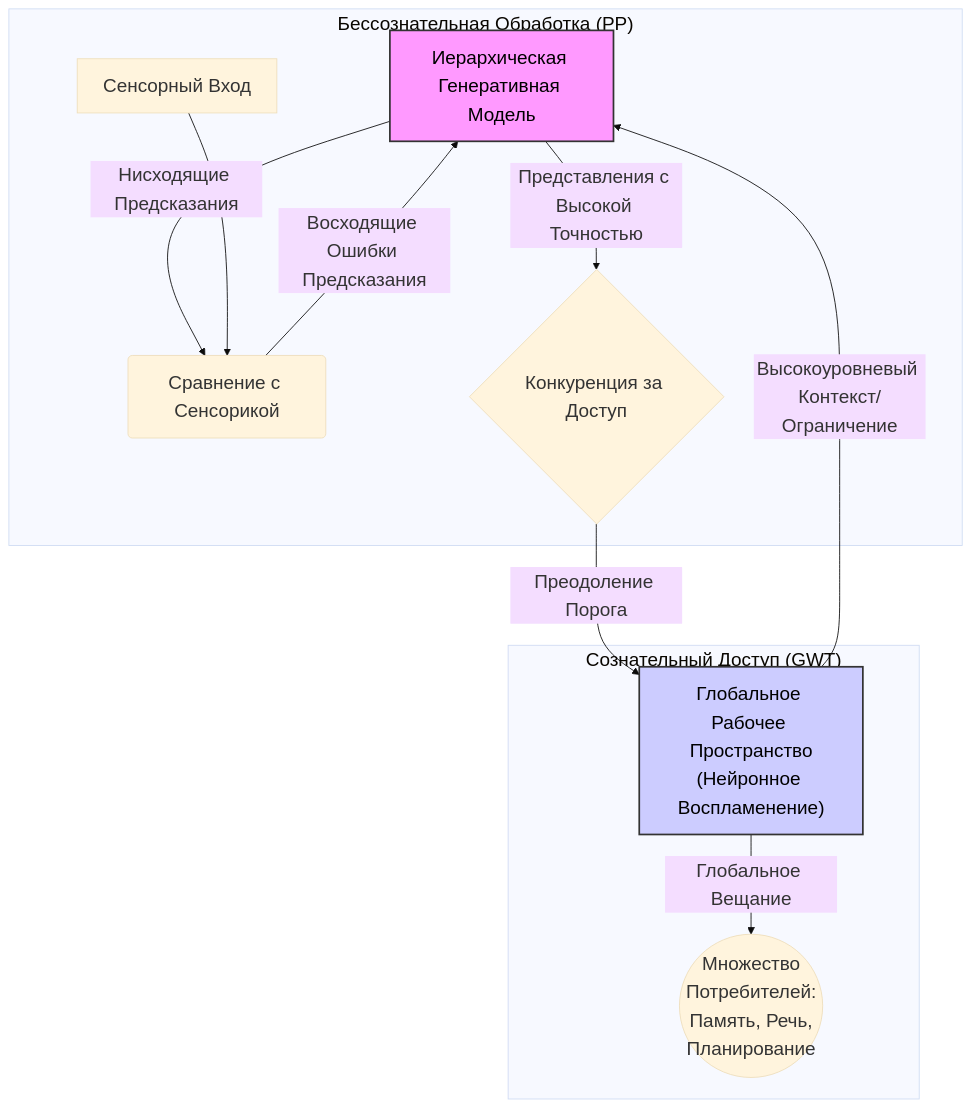
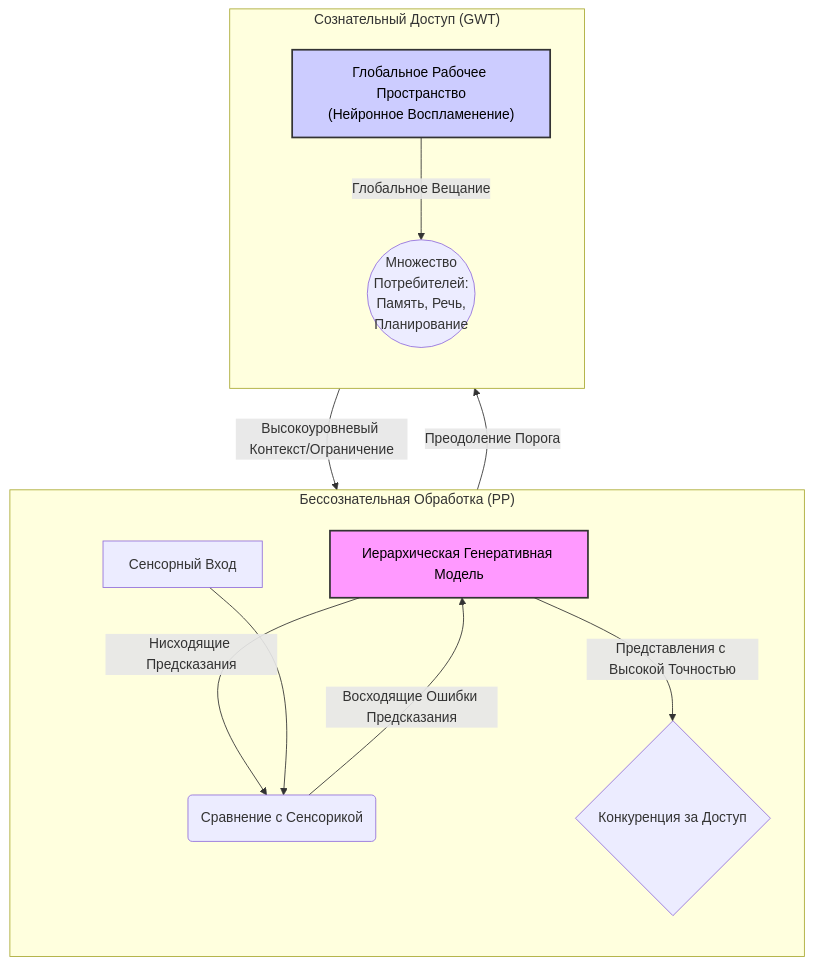
The diagram in docs/module5/05-pp-gwt-interface.md (Antimortine/epet-course), drawn with Mermaid before and after one commit. The commit also changed 1 other file, not shown here.

````diff
--- a/docs/module5/05-pp-gwt-interface.md
+++ b/docs/module5/05-pp-gwt-interface.md
@@ -45,22 +45,27 @@
 ```mermaid
-%%{init: {'securityLevel': 'loose', 'theme': 'base',
-          'themeVariables': { 'fontSize': '22px', 'fontFamily': 'Inter, Roboto, Arial, sans-serif' }}}%%
+%%{init: {'flowchart': { 'nodeSpacing': 60, 'rankSpacing': 70, 'wrappingWidth': 240 }}}%%
 graph TD
+    classDef hidden fill:transparent,stroke:transparent;
+
     subgraph "Бессознательная Обработка (PP)"
+        direction TB
+        _padPP[" "]:::hidden
         A[Иерархическая Генеративная Модель] -- "Нисходящие Предсказания" --> B(Сравнение с Сенсорикой);
         C[Сенсорный Вход] --> B;
         B -- "Восходящие Ошибки Предсказания" --> A;
         A -- "Представления с Высокой Точностью" --> D{Конкуренция за Доступ};
     end
 
     subgraph "Сознательный Доступ (GWT)"
+        direction TB
+        _padGWT[" "]:::hidden
         D -- "Преодоление Порога" --> E["Глобальное Рабочее Пространство<br>(Нейронное Воспламенение)"];
         E -- "Глобальное Вещание" --> F((Множество<br>Потребителей:<br>Память, Речь,<br>Планирование));
     end
 
     E -- "Высокоуровневый Контекст/Ограничение" --> A;
 
     %% --- Стили для контраста --- %%
     style A fill:#f9f,stroke:#333,stroke-width:2px,color:#000
     style E fill:#ccf,stroke:#333,stroke-width:2px,color:#000
 ```
````
